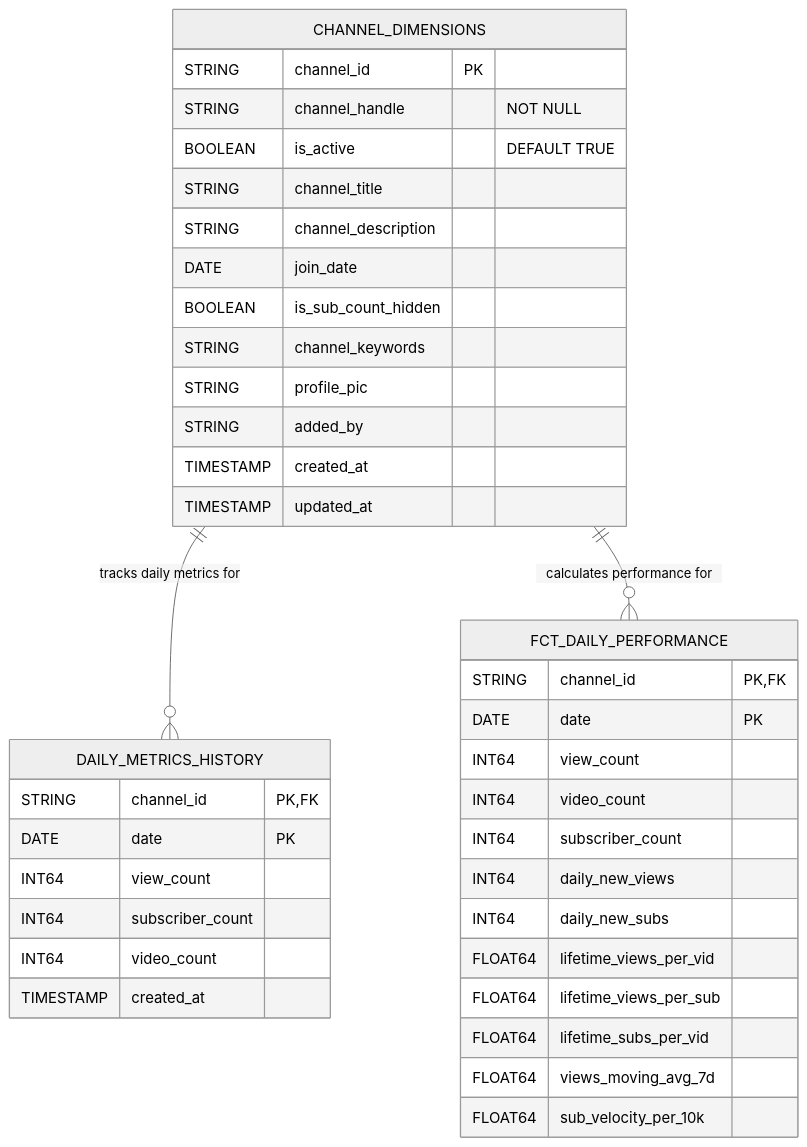
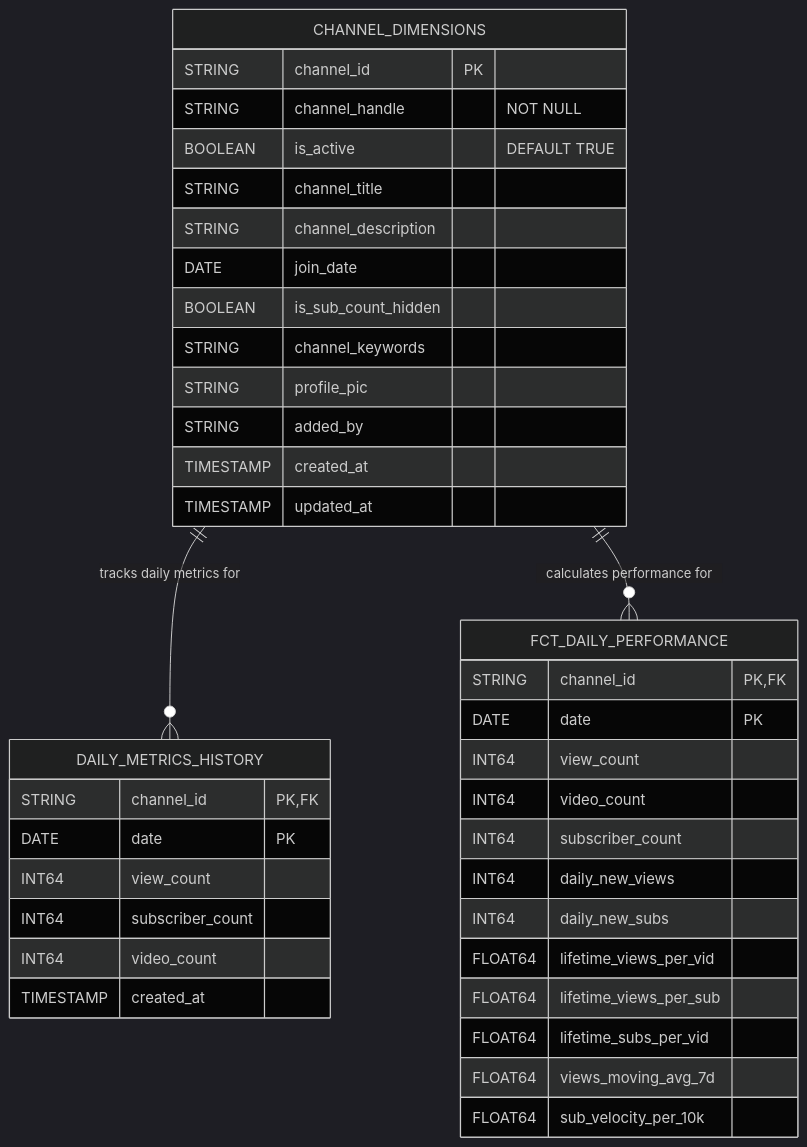
Before and after one commit to SimonLiles/sailing_channel_dashboard: the second of 2 diagrams in README.md, drawn with Mermaid. The commit also changed other lines of this file and 2 other files, not shown here.

Commit message:
Just more playing with diagram colors

````diff
--- a/README.md
+++ b/README.md
@@ -41,47 +41,47 @@
 ```mermaid
-%%{init: {'theme': 'neutral'}}%%
+%%{init: {'theme': 'dark'}}%%
 erDiagram
     %% Entities and Attributes
     CHANNEL_DIMENSIONS {
         STRING channel_id PK
         STRING channel_handle "NOT NULL"
         BOOLEAN is_active "DEFAULT TRUE"
         STRING channel_title
         STRING channel_description
         DATE join_date
         BOOLEAN is_sub_count_hidden
         STRING channel_keywords
         STRING profile_pic
         STRING added_by
         TIMESTAMP created_at
         TIMESTAMP updated_at
     }
 
     DAILY_METRICS_HISTORY {
         STRING channel_id PK, FK
         DATE date PK
         INT64 view_count
         INT64 subscriber_count
         INT64 video_count
         TIMESTAMP created_at
     }
 
     FCT_DAILY_PERFORMANCE {
         STRING channel_id PK, FK
         DATE date PK
         INT64 view_count
         INT64 video_count
         INT64 subscriber_count
         INT64 daily_new_views
         INT64 daily_new_subs
         FLOAT64 lifetime_views_per_vid
         FLOAT64 lifetime_views_per_sub
         FLOAT64 lifetime_subs_per_vid
         FLOAT64 views_moving_avg_7d
         FLOAT64 sub_velocity_per_10k
     }
 
     %% Relationships
     CHANNEL_DIMENSIONS ||--o{ DAILY_METRICS_HISTORY : "tracks daily metrics for"
     CHANNEL_DIMENSIONS ||--o{ FCT_DAILY_PERFORMANCE : "calculates performance for"
 ```
````
